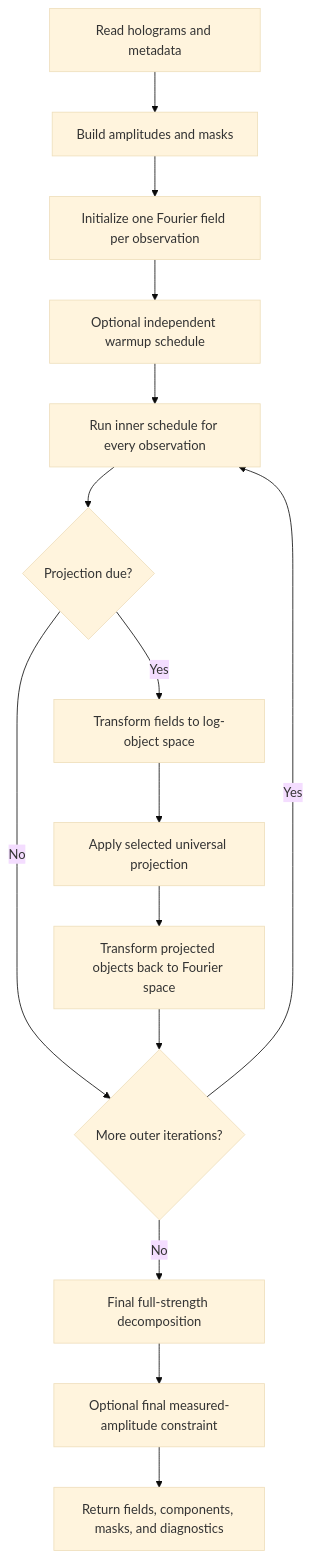
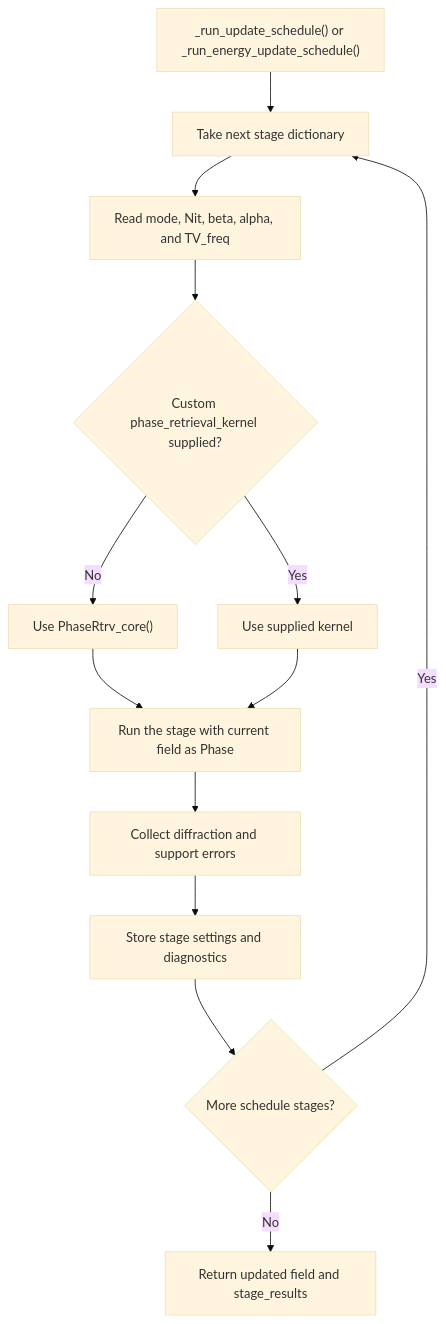
Before and after one commit to riccbatt/FTH-Phase-Retrieval-2609-SOLEIL-SEXTANTS: the third of 12 diagrams in docs/phase_retrieval_universal.md, drawn with Mermaid (base theme). The commit also changed other lines of this file and 45 other files, not shown here.

````diff
--- a/docs/phase_retrieval_universal.md
+++ b/docs/phase_retrieval_universal.md
@@ -458,17 +447,15 @@
 ```mermaid
 flowchart TD
-    A[Read holograms and metadata] --> B[Build amplitudes and masks]
-    B --> C[Initialize one Fourier field per observation]
-    C --> D[Optional independent warmup schedule]
-    D --> E[Run inner schedule for every observation]
-    E --> F{Projection due?}
-    F -- No --> H{More outer iterations?}
-    F -- Yes --> G[Transform fields to log-object space]
-    G --> I[Apply selected universal projection]
-    I --> J[Transform projected objects back to Fourier space]
-    J --> H
-    H -- Yes --> E
-    H -- No --> K[Final full-strength decomposition]
-    K --> L[Optional final measured-amplitude constraint]
-    L --> M[Return fields, components, masks, and diagnostics]
+    A["_run_update_schedule() or _run_energy_update_schedule()"] --> B["Take next stage dictionary"]
+    B --> C["Read mode, Nit, beta, alpha, and TV_freq"]
+    C --> D{"Custom phase_retrieval_kernel supplied?"}
+    D -- No --> E["Use PhaseRtrv_core()"]
+    D -- Yes --> F["Use supplied kernel"]
+    E --> G["Run the stage with current field as Phase"]
+    F --> G
+    G --> H["Collect diffraction and support errors"]
+    H --> I["Store stage settings and diagnostics"]
+    I --> J{"More schedule stages?"}
+    J -- Yes --> B
+    J -- No --> K["Return updated field and stage_results"]
 ```
````
